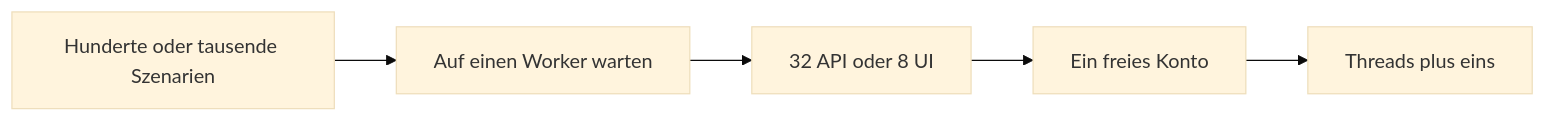
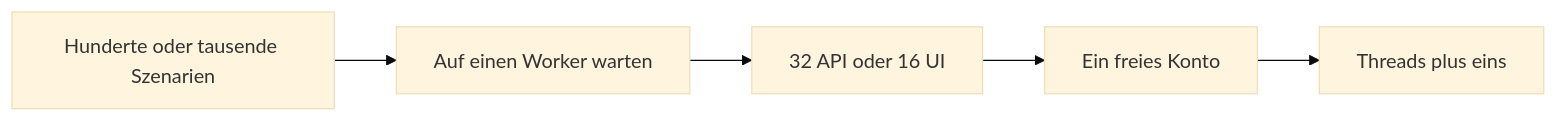
Before and after one commit to it-at-m/eappointment: the fourth of 5 diagrams in docs/de/testing-and-automation/how-we-parallelized-zmsautomation.md, drawn with Mermaid (base theme). The commit also changed other lines of this file and 10 other files, not shown here.

````diff
--- a/docs/de/testing-and-automation/how-we-parallelized-zmsautomation.md
+++ b/docs/de/testing-and-automation/how-we-parallelized-zmsautomation.md
@@ -71,4 +71,4 @@
 ```mermaid
 flowchart LR
-  many["Hunderte oder tausende Szenarien"] --> queue[Auf einen Worker warten] --> workers["32 API oder 8 UI"] --> login[Ein freies Konto] --> spare["Threads plus eins"]
+  many["Hunderte oder tausende Szenarien"] --> queue[Auf einen Worker warten] --> workers["32 API oder 16 UI"] --> login[Ein freies Konto] --> spare["Threads plus eins"]
 ```
````
